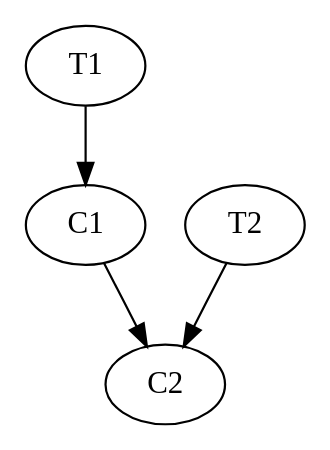
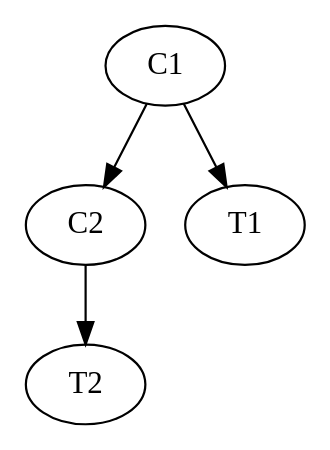
Before and after one commit to ErikHedblom/Master-Thesis: the diagram in Dot/InvertedGraphExample.dot, drawn with Graphviz. The commit also changed 1 other file, not shown here.

```diff
--- a/Dot/InvertedGraphExample.dot
+++ b/Dot/InvertedGraphExample.dot
@@ -1,6 +1,5 @@
 digraph DependencyGraph {
-	"C2"
 	"C1" -> "C2"
-	"T1" -> "C1"
-	"T2" -> "C2"	
+	"C1" -> "T1"
+	"C2" -> "T2"
 }
```
